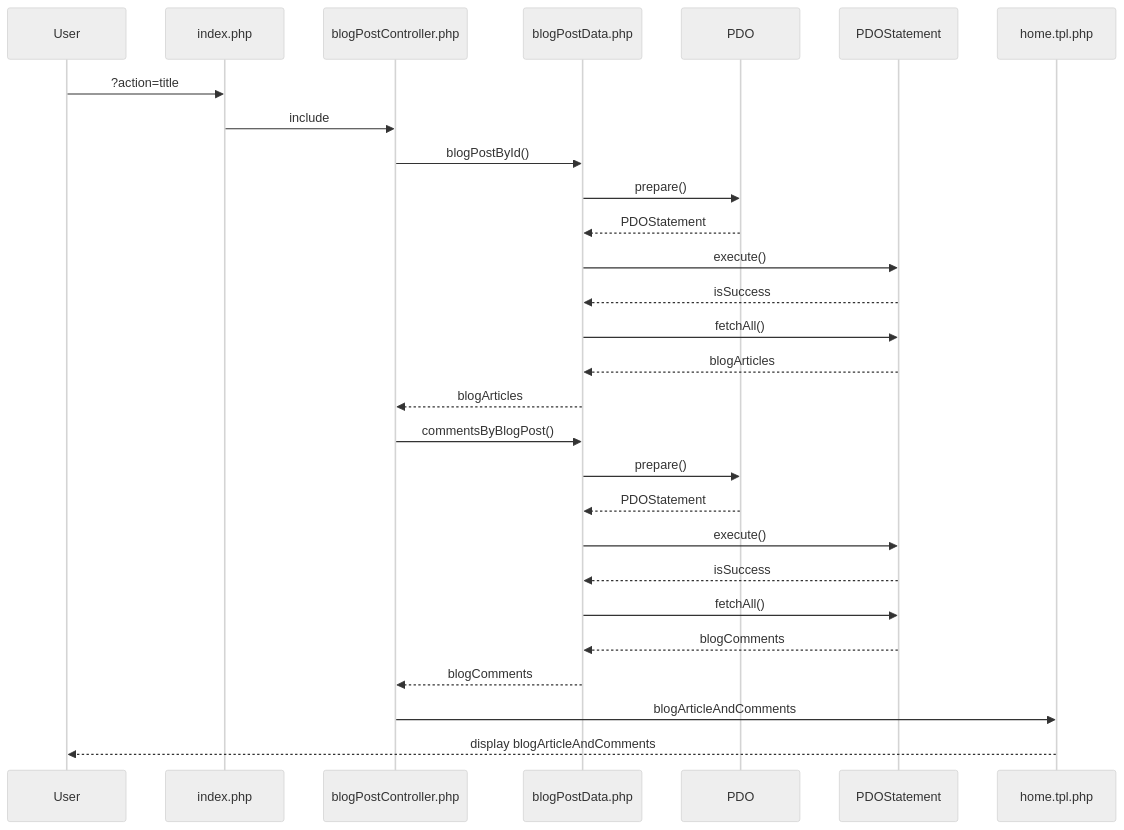
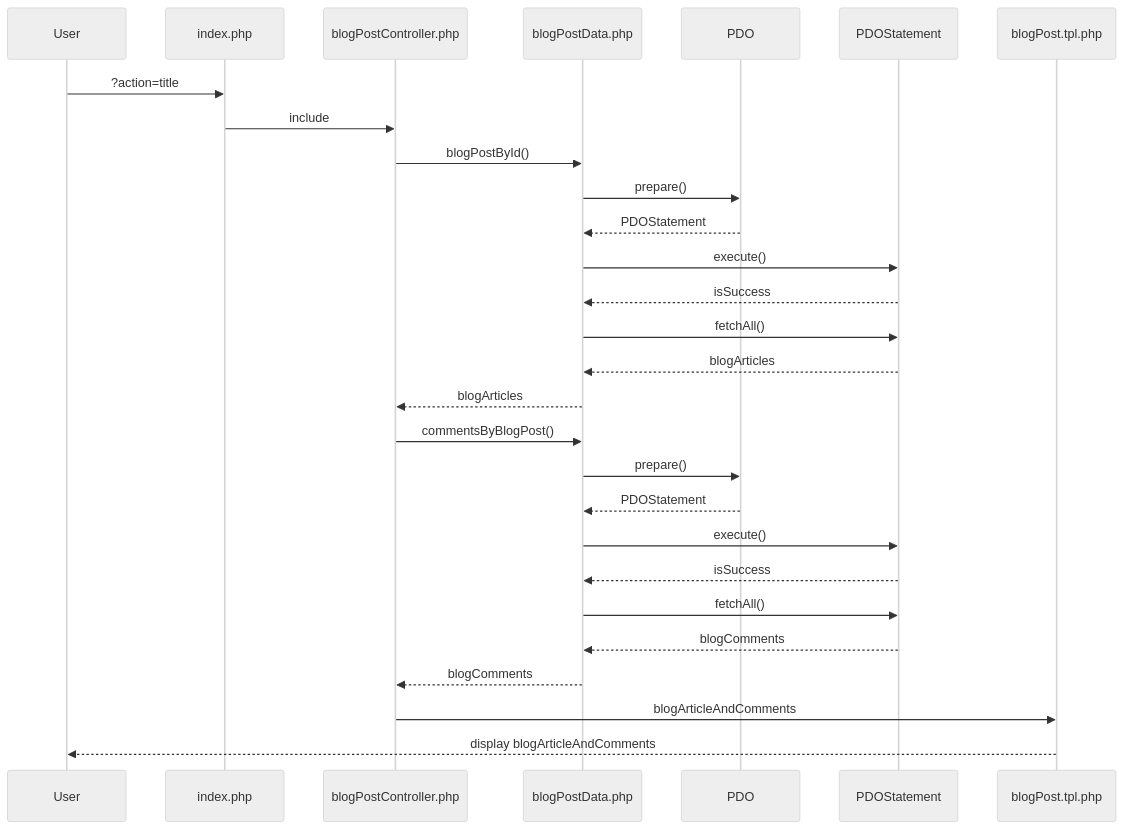
The third of 3 diagrams in doc/diagram.md (FlorentSCampus/blog), drawn with Mermaid (neutral theme) before and after one commit. The commit also changed 6 other files, not shown here.

````diff
--- a/doc/diagram.md
+++ b/doc/diagram.md
@@ -28,23 +28,23 @@
 ```mermaid
 sequenceDiagram
 User->>index.php: ?action=title
 index.php->>blogPostController.php: include
 blogPostController.php->>blogPostData.php: blogPostById()
 blogPostData.php->>PDO: prepare()
 PDO-->>blogPostData.php: PDOStatement
 blogPostData.php->>PDOStatement: execute()
 PDOStatement-->>blogPostData.php: isSuccess
 blogPostData.php->>PDOStatement: fetchAll()
 PDOStatement-->>blogPostData.php: blogArticles
 blogPostData.php-->>blogPostController.php: blogArticles
 blogPostController.php->>blogPostData.php: commentsByBlogPost()
 blogPostData.php->>PDO: prepare()
 PDO-->>blogPostData.php: PDOStatement
 blogPostData.php->>PDOStatement: execute()
 PDOStatement-->>blogPostData.php: isSuccess
 blogPostData.php->>PDOStatement: fetchAll()
 PDOStatement-->>blogPostData.php: blogComments
 blogPostData.php-->>blogPostController.php: blogComments
-blogPostController.php->>home.tpl.php: blogArticleAndComments
-home.tpl.php-->>User: display blogArticleAndComments
+blogPostController.php->>blogPost.tpl.php: blogArticleAndComments
+blogPost.tpl.php-->>User: display blogArticleAndComments
 ```
````
